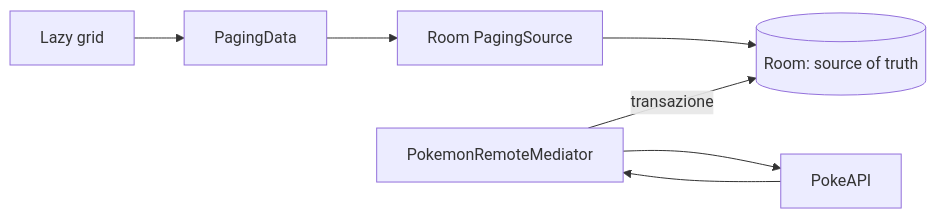
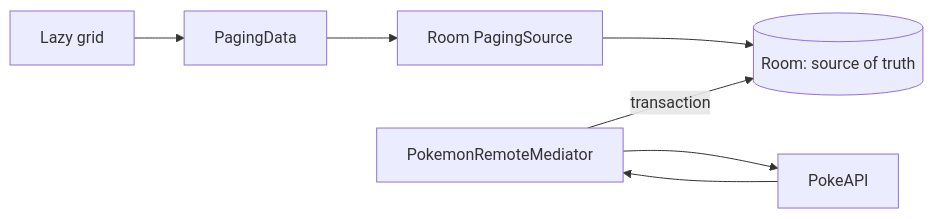
One commit to MatteoSomensi/pokedex changed the fourth of 4 diagrams in README.md. Above: the diagram before and after it, drawn with Mermaid. The commit also changed other lines of this file and 69 other files, not shown here.

````diff
--- a/README.md
+++ b/README.md
@@ -252,9 +251,9 @@
 ```mermaid
 flowchart LR
     COMPOSE[Lazy grid] --> PAGING[PagingData]
     PAGING --> SOURCE[Room PagingSource]
     SOURCE --> DB[(Room: source of truth)]
     MEDIATOR[PokemonRemoteMediator] --> API[PokeAPI]
     API --> MEDIATOR
-    MEDIATOR -->|transazione| DB
+    MEDIATOR -->|transaction| DB
 ```
````
